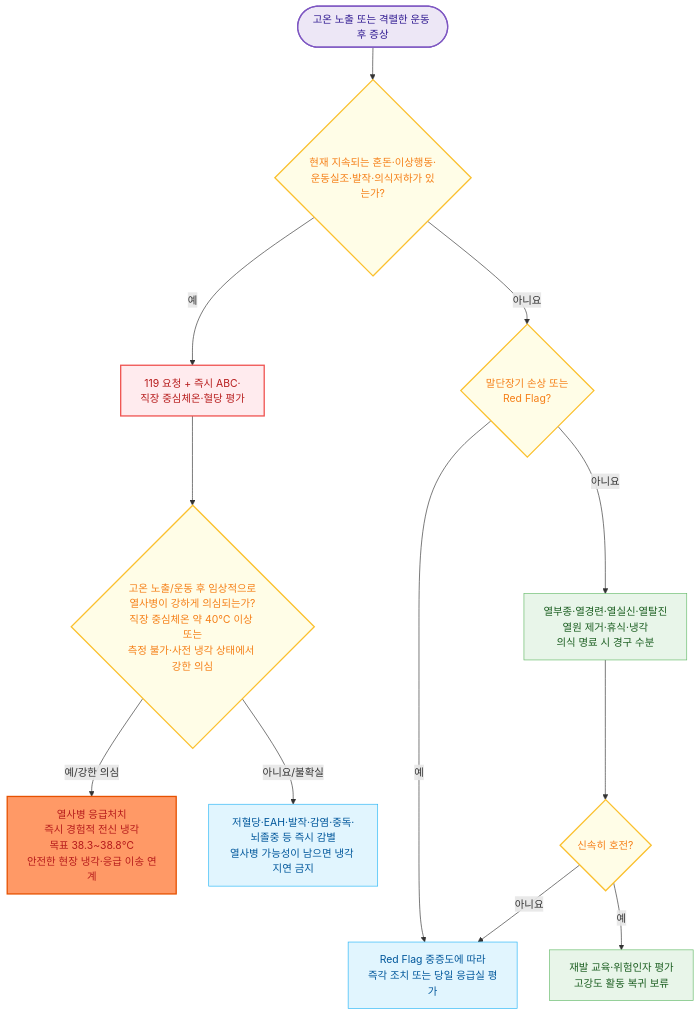
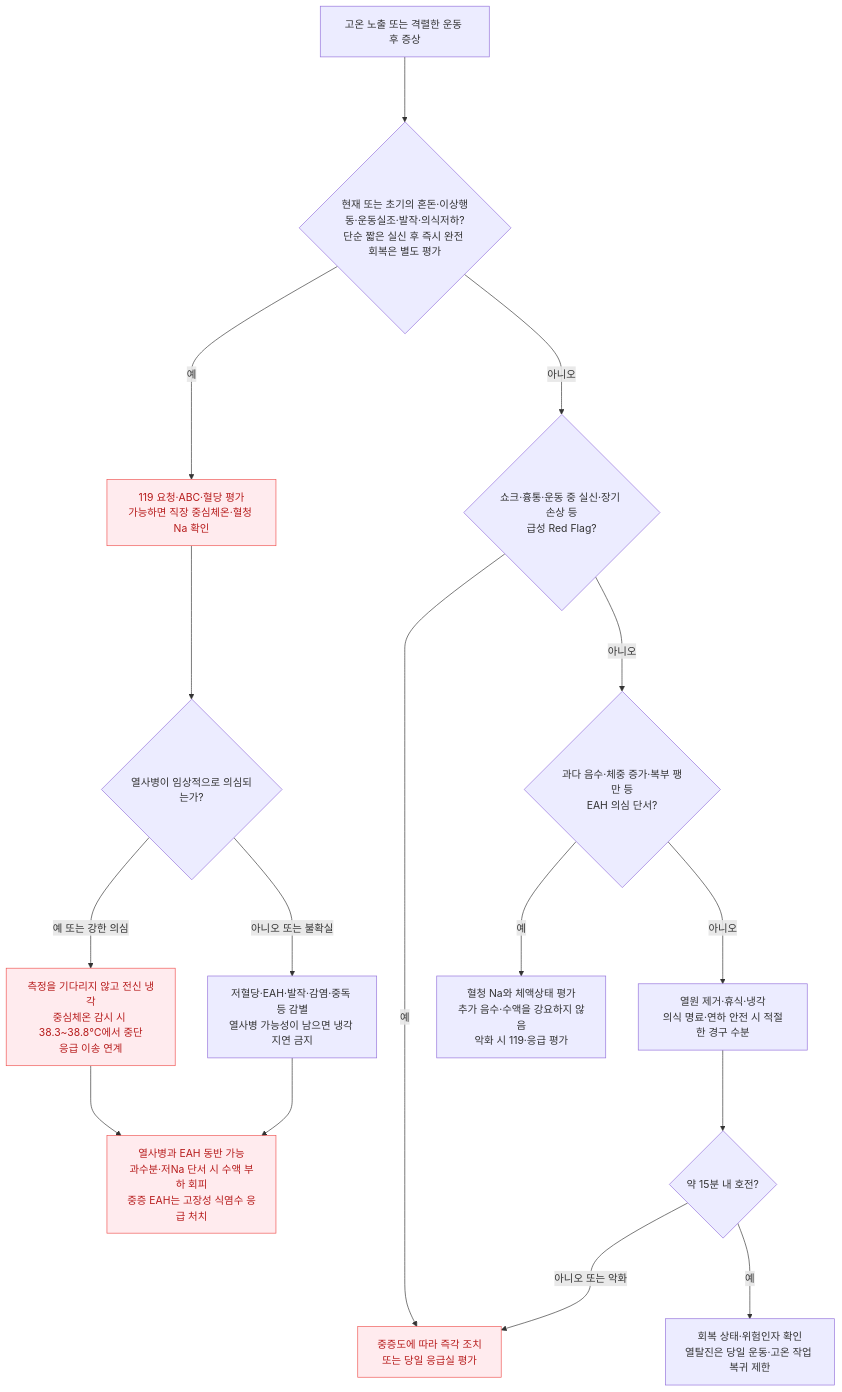
One commit to familyoh77/familyoh77 changed the diagram in 230_/205_-heat-illness.md. Above: the diagram before and after it, drawn with Mermaid. The commit also changed other lines of this file and 11 other files, not shown here.

````diff
--- a/230_/205_-heat-illness.md
+++ b/230_/205_-heat-illness.md
@@ -108,30 +116,20 @@
 ```mermaid
 flowchart TD
-    A(["고온 노출 또는 격렬한 운동 후 증상"]) --> B{"현재 지속되는 혼돈·이상행동·<br/>운동실조·발작·의식저하가 있는가?"}
-
-    B -- "예" --> C["119 요청 + 즉시 ABC·<br/>직장 중심체온·혈당 평가"]
-    C --> D{"고온 노출/운동 후 임상적으로<br/>열사병이 강하게 의심되는가?<br/>직장 중심체온 약 40℃ 이상 또는<br/>측정 불가·사전 냉각 상태에서 강한 의심"}
-    D -- "예/강한 의심" --> E["열사병 응급처치<br/>즉시 경험적 전신 냉각<br/>목표 38.3~38.8℃<br/>안전한 현장 냉각·응급 이송 연계"]
-    D -- "아니요/불확실" --> F["저혈당·EAH·발작·감염·중독·<br/>뇌졸중 등 즉시 감별<br/>열사병 가능성이 남으면 냉각 지연 금지"]
-
-    B -- "아니요" --> G{"말단장기 손상 또는<br/>Red Flag?"}
-    G -- "예" --> H["Red Flag 중증도에 따라<br/>즉각 조치 또는 당일 응급실 평가"]
-    G -- "아니요" --> I["열부종·열경련·열실신·열탈진<br/>열원 제거·휴식·냉각<br/>의식 명료 시 경구 수분"]
-    I --> J{"신속히 호전?"}
-    J -- "아니요" --> H
-    J -- "예" --> K["재발 교육·위험인자 평가<br/>고강도 활동 복귀 보류"]
-
-    style E fill:#f96,stroke:#e65100,stroke-width:2px
-
-    classDef header fill:#ede7f6,stroke:#7e57c2,color:#311b92,stroke-width:2px;
-    classDef decision fill:#fffde7,stroke:#fbc02d,color:#f57f17,stroke-width:2px;
-    classDef emergency fill:#ffebee,stroke:#ef5350,color:#b71c1c,stroke-width:2px;
-    classDef action fill:#e1f5fe,stroke:#29b6f6,color:#01579b,stroke-width:1px;
-    classDef follow fill:#e8f5e9,stroke:#66bb6a,color:#1b5e20,stroke-width:1px;
-
-    class A header;
-    class B,D,G,J decision;
-    class C,E emergency;
-    class F,H action;
-    class I,K follow;
+    A["고온 노출 또는 격렬한 운동 후 증상"] ---> B{"현재 또는 초기의 혼돈·이상행동·운동실조·발작·의식저하?<br>단순 짧은 실신 후 즉시 완전 회복은 별도 평가"}
+    B --->|예| C["119 요청·ABC·혈당 평가<br>가능하면 직장 중심체온·혈청 Na 확인"]
+    C ---> D{"열사병이 임상적으로 의심되는가?"}
+    D --->|예 또는 강한 의심| E["측정을 기다리지 않고 전신 냉각<br>중심체온 감시 시 38.3~38.8℃에서 중단<br>응급 이송 연계"]
+    D --->|아니오 또는 불확실| F["저혈당·EAH·발작·감염·중독 등 감별<br>열사병 가능성이 남으면 냉각 지연 금지"]
+    E ---> X["열사병과 EAH 동반 가능<br>과수분·저Na 단서 시 수액 부하 회피<br>중증 EAH는 고장성 식염수 응급 처치"]
+    F ---> X
+    B --->|아니오| G{"쇼크·흉통·운동 중 실신·장기 손상 등<br>급성 Red Flag?"}
+    G --->|예| H["중증도에 따라 즉각 조치<br>또는 당일 응급실 평가"]
+    G --->|아니오| Y{"과다 음수·체중 증가·복부 팽만 등<br>EAH 의심 단서?"}
+    Y --->|예| Z["혈청 Na와 체액상태 평가<br>추가 음수·수액을 강요하지 않음<br>악화 시 119·응급 평가"]
+    Y --->|아니오| I["열원 제거·휴식·냉각<br>의식 명료·연하 안전 시 적절한 경구 수분"]
+    I ---> J{"약 15분 내 호전?"}
+    J --->|아니오 또는 악화| H
+    J --->|예| K["회복 상태·위험인자 확인<br>열탈진은 당일 운동·고온 작업 복귀 제한"]
+    classDef emergency fill:#ffebee,stroke:#ef5350,color:#b71c1c;
+    class C,E,H,X emergency;
 ```
````
